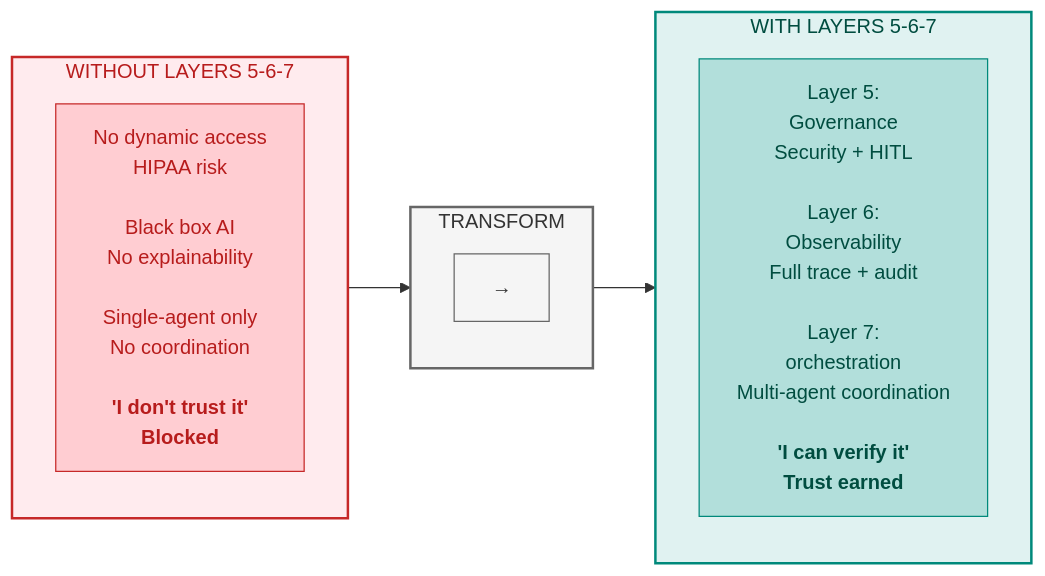
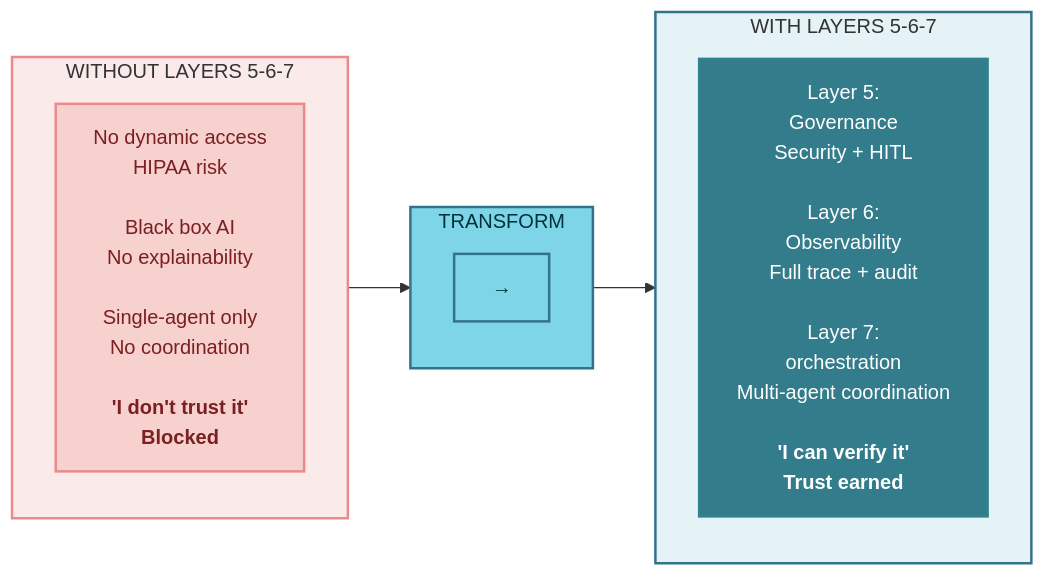
Before and after one commit to saitejesh-cyber/trust-before-intelligence-book: the first of 14 diagrams in manuscript/07_chapter_6_transparency_orchestration_layers.md, drawn with Mermaid. The commit also changed other lines of this file, not shown here.

Commit message:
Update mermaid diagrams as per new coloberry color and contrast ratio for chapter 7

````diff
--- a/manuscript/07_chapter_6_transparency_orchestration_layers.md
+++ b/manuscript/07_chapter_6_transparency_orchestration_layers.md
@@ -8,28 +8,28 @@
 ```mermaid
 
 graph LR
     subgraph WITHOUT["WITHOUT LAYERS 5-6-7"]
         direction TB
         W1["No dynamic access<br/>HIPAA risk<br/><br/>Black box AI<br/>No explainability<br/><br/>Single-agent only<br/>No coordination<br/><br/><b>'I don't trust it'<br/>Blocked</b>"]
     end
     
     subgraph TRANSFORM["TRANSFORM"]
         direction TB
         T1["→"]
     end
     
     subgraph WITH["WITH LAYERS 5-6-7"]
         direction TB
         L1["Layer 5:<br/>Governance<br/> Security + HITL<br/><br/>Layer 6:<br/>Observability<br/>Full trace + audit<br/><br/>Layer 7:<br/>orchestration<br/>Multi-agent coordination<br/><br/><b>'I can verify it'<br/>Trust earned</b>"]
     end
     
     WITHOUT --> TRANSFORM --> WITH
     
-    style WITHOUT fill:#ffebee,stroke:#c62828,stroke-width:2px,color:#b71c1c
-    style TRANSFORM fill:#f5f5f5,stroke:#666666,stroke-width:2px,color:#333333
-    style WITH fill:#e0f2f1,stroke:#00897b,stroke-width:2px,color:#004d40
-    style W1 fill:#ffcdd2,stroke:#c62828,color:#b71c1c
-    style T1 fill:#f5f5f5,stroke:#666666,color:#333333
-    style L1 fill:#b2dfdb,stroke:#00897b,color:#004d40
+    style WITHOUT fill:#FBEAEA,stroke:#EB898B,stroke-width:2px
+    style TRANSFORM fill:#7FD5E8,stroke:#32738C,stroke-width:2px,color:#00323D
+    style WITH fill:#E6F3F6,stroke:#32738C,stroke-width:2px
+    style W1 fill:#F6D1CE,stroke:#EB898B,stroke-width:2px,color:#7A1F22
+    style T1 fill:#7FD5E8,stroke:#32738C,stroke-width:2px,color:#00323D
+    style L1 fill:#327C8C,stroke:#30838C,stroke-width:2px,color:#ffffff
 
 ```
````
